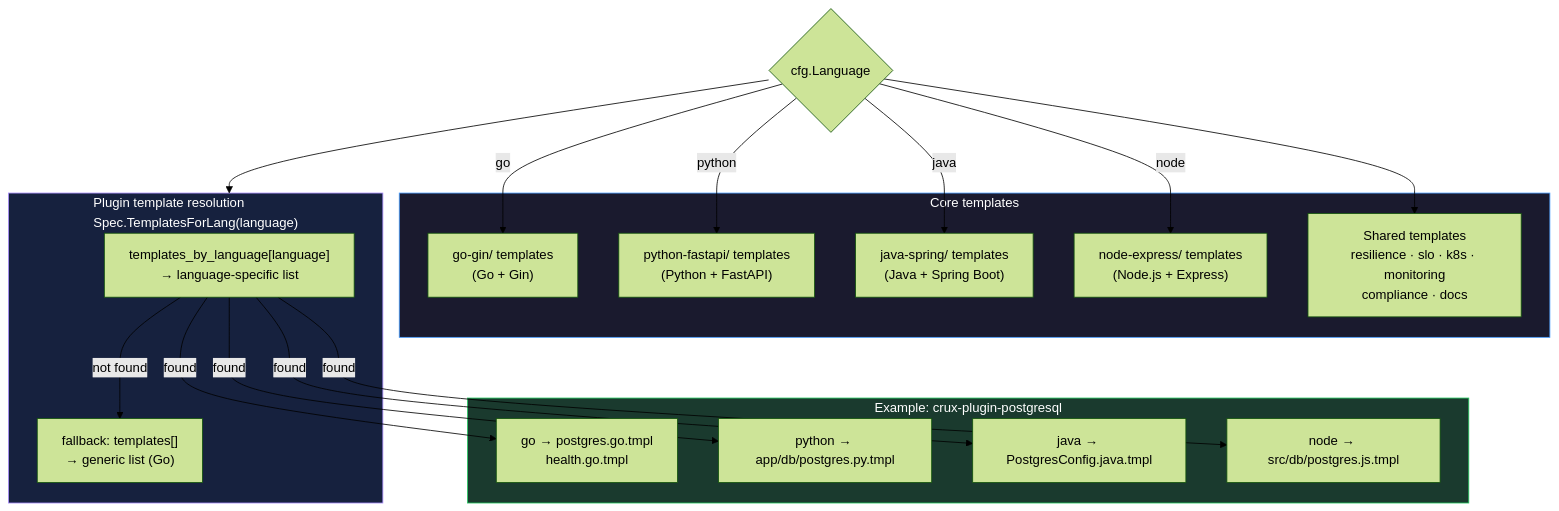
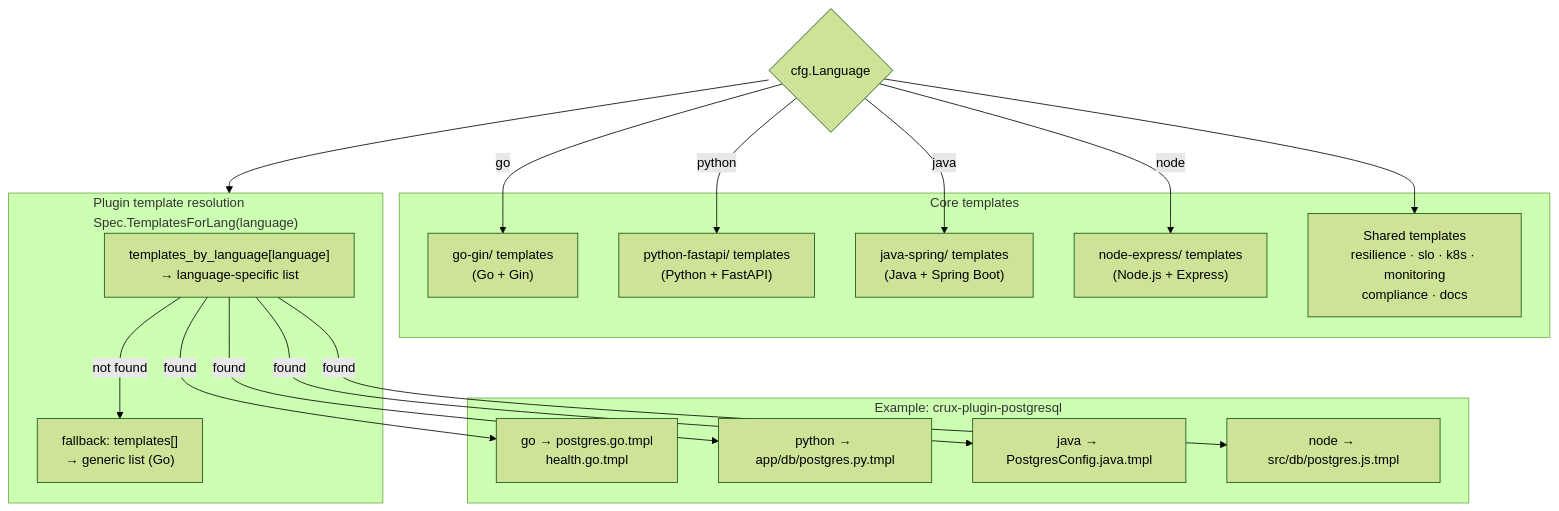
The eighth of 15 diagrams in docs/architecture-diagrams.md (theheadlessengineer/crux), drawn with Mermaid (forest theme) before and after one commit. The commit also changed other lines of this file and 1 other file, not shown here.

````diff
--- a/docs/architecture-diagrams.md
+++ b/docs/architecture-diagrams.md
@@ -338,41 +312,37 @@
 ```mermaid
 flowchart TD
     LANG{"cfg.Language"}
 
     subgraph CORE["Core templates"]
         GO["go-gin/ templates\n(Go + Gin)"]
         PY["python-fastapi/ templates\n(Python + FastAPI)"]
         JV["java-spring/ templates\n(Java + Spring Boot)"]
         ND["node-express/ templates\n(Node.js + Express)"]
         SH["Shared templates\nresilience · slo · k8s · monitoring\ncompliance · docs"]
     end
 
     subgraph PLUGIN_RES["Plugin template resolution\nSpec.TemplatesForLang(language)"]
         TBL["templates_by_language[language]\n→ language-specific list"]
         TFB["fallback: templates[]\n→ generic list (Go)"]
     end
 
     subgraph EXAMPLES["Example: crux-plugin-postgresql"]
         EGO["go → postgres.go.tmpl\nhealth.go.tmpl"]
         EPY["python → app/db/postgres.py.tmpl"]
         EJV["java → PostgresConfig.java.tmpl"]
         END["node → src/db/postgres.js.tmpl"]
     end
 
     LANG -->|go| GO
     LANG -->|python| PY
     LANG -->|java| JV
     LANG -->|node| ND
     LANG --> SH
 
     LANG --> PLUGIN_RES
     TBL -->|found| EGO
     TBL -->|found| EPY
     TBL -->|found| EJV
     TBL -->|found| END
     TBL -->|not found| TFB
-
-    style CORE fill:#1a1a2e,color:#fff,stroke:#4a9eff
-    style PLUGIN_RES fill:#16213e,color:#fff,stroke:#a78bfa
-    style EXAMPLES fill:#1a3a2e,color:#fff,stroke:#22c55e
 ```
````
